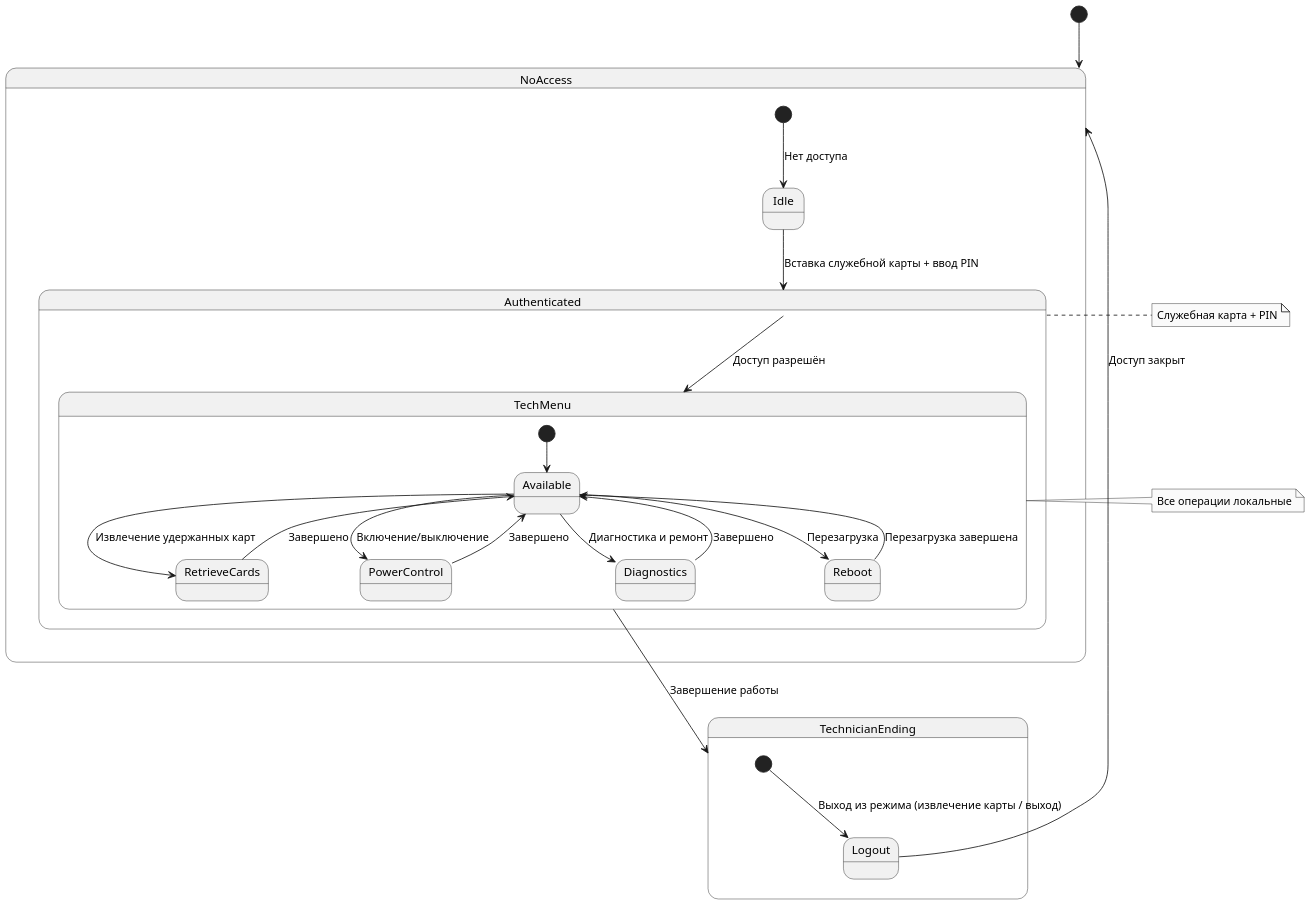
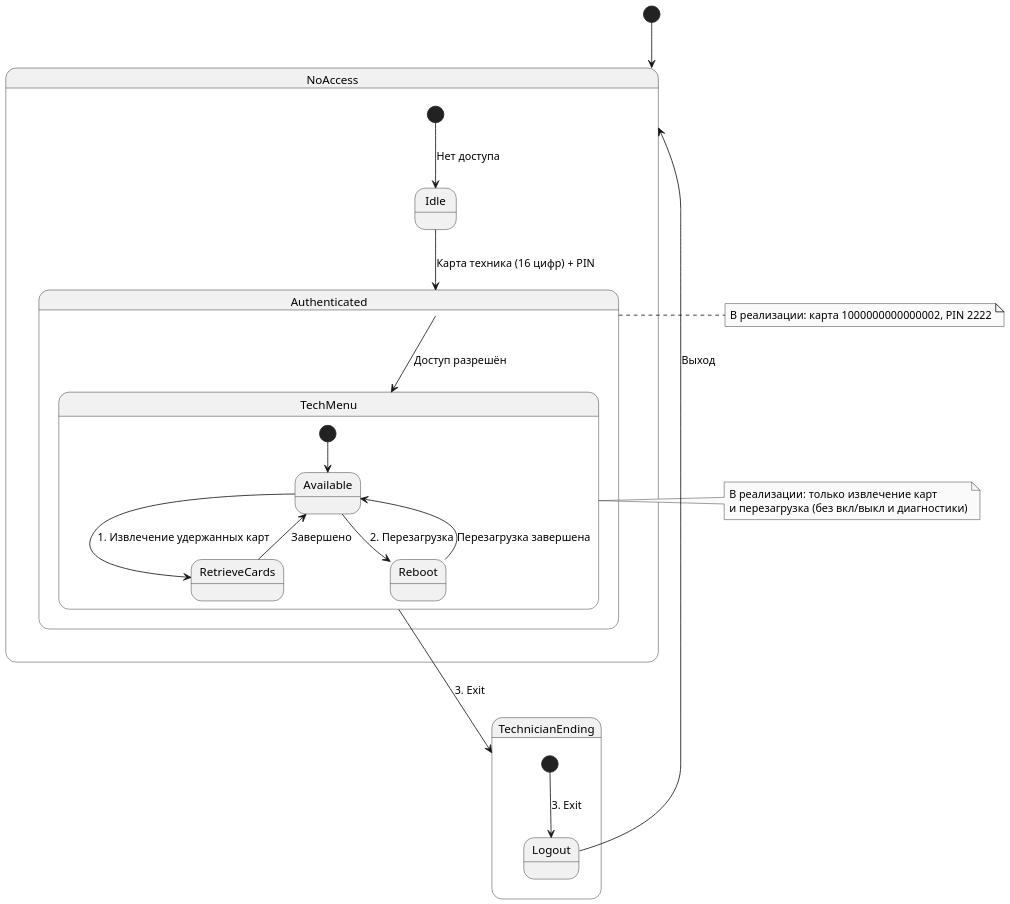
The diagram in labs/lab_1/ATM/uml/ATM_Technician_StateMachine.puml (vodo4kin/PPOIS_2sem), drawn with PlantUML before and after one commit. The commit also changed 122 other files, not shown here.

```diff
--- a/labs/lab_1/ATM/uml/ATM_Technician_StateMachine.puml
+++ b/labs/lab_1/ATM/uml/ATM_Technician_StateMachine.puml
@@ -1,44 +1,41 @@
 @startuml ATM_Technician_StateMachine
 skinparam monochrome true
 skinparam shadowing false
 skinparam dpi 150
 
 [*] --> NoAccess
 
 state NoAccess {
   [*] --> Idle : Нет доступа
-  Idle --> Authenticated : Вставка служебной карты + ввод PIN
+  Idle --> Authenticated : Карта техника (16 цифр) + PIN
 }
 
 state Authenticated {
   Authenticated --> TechMenu : Доступ разрешён
 }
 
 state TechMenu {
   [*] --> Available
-  Available --> RetrieveCards : Извлечение удержанных карт
-  Available --> PowerControl : Включение/выключение
-  Available --> Diagnostics : Диагностика и ремонт
-  Available --> Reboot : Перезагрузка
+  Available --> RetrieveCards : 1. Извлечение удержанных карт
+  Available --> Reboot : 2. Перезагрузка
   RetrieveCards --> Available : Завершено
-  PowerControl --> Available : Завершено
-  Diagnostics --> Available : Завершено
   Reboot --> Available : Перезагрузка завершена
 }
 
 state TechnicianEnding {
-  [*] --> Logout : Выход из режима (извлечение карты / выход)
-  Logout --> NoAccess : Доступ закрыт
+  [*] --> Logout : 3. Exit
+  Logout --> NoAccess : Выход
 }
 
-TechMenu --> TechnicianEnding : Завершение работы
+TechMenu --> TechnicianEnding : 3. Exit
 
 note right of Authenticated
-  Служебная карта + PIN
+  В реализации: карта 1000000000000002, PIN 2222
 end note
 
 note right of TechMenu
-  Все операции локальные
+  В реализации: только извлечение карт
+  и перезагрузка (без вкл/выкл и диагностики)
 end note
 
 @enduml
```
